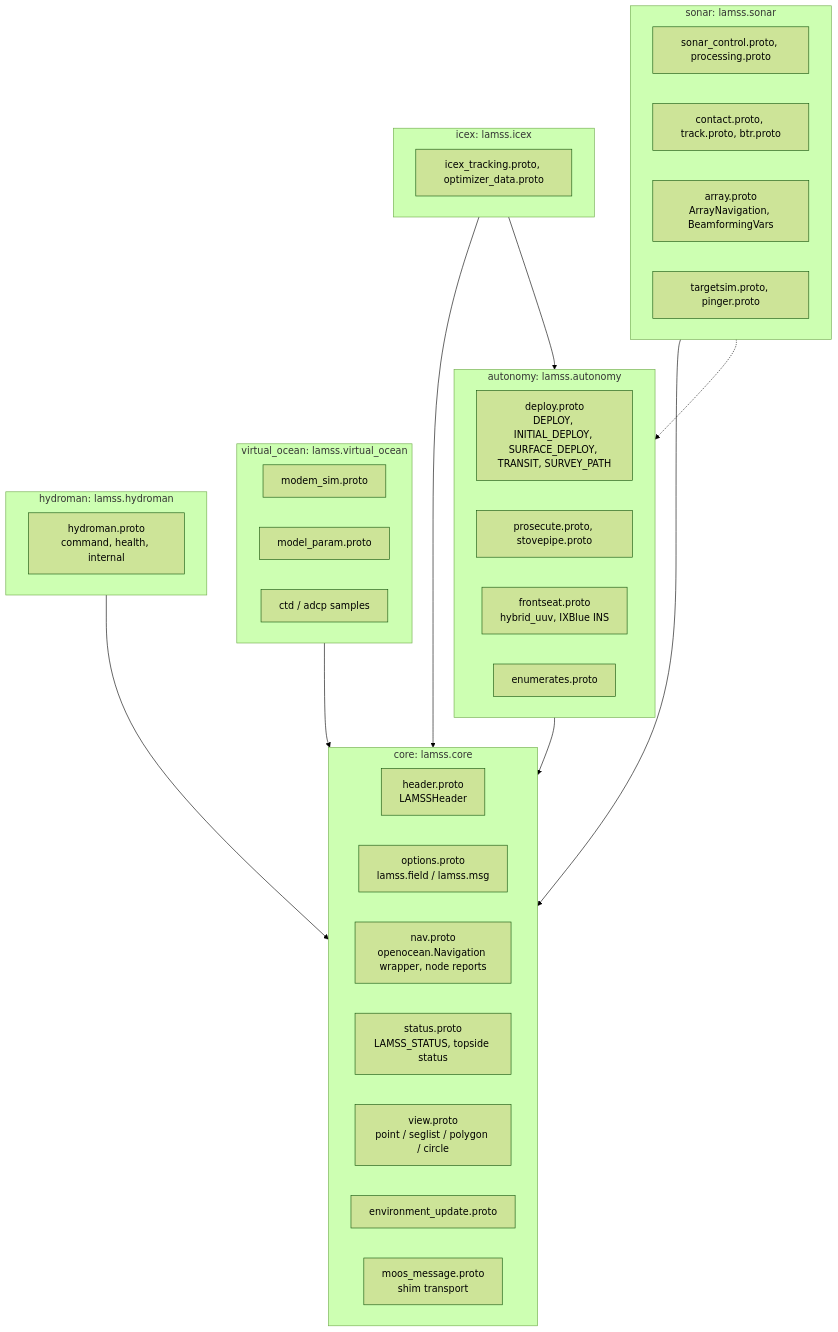
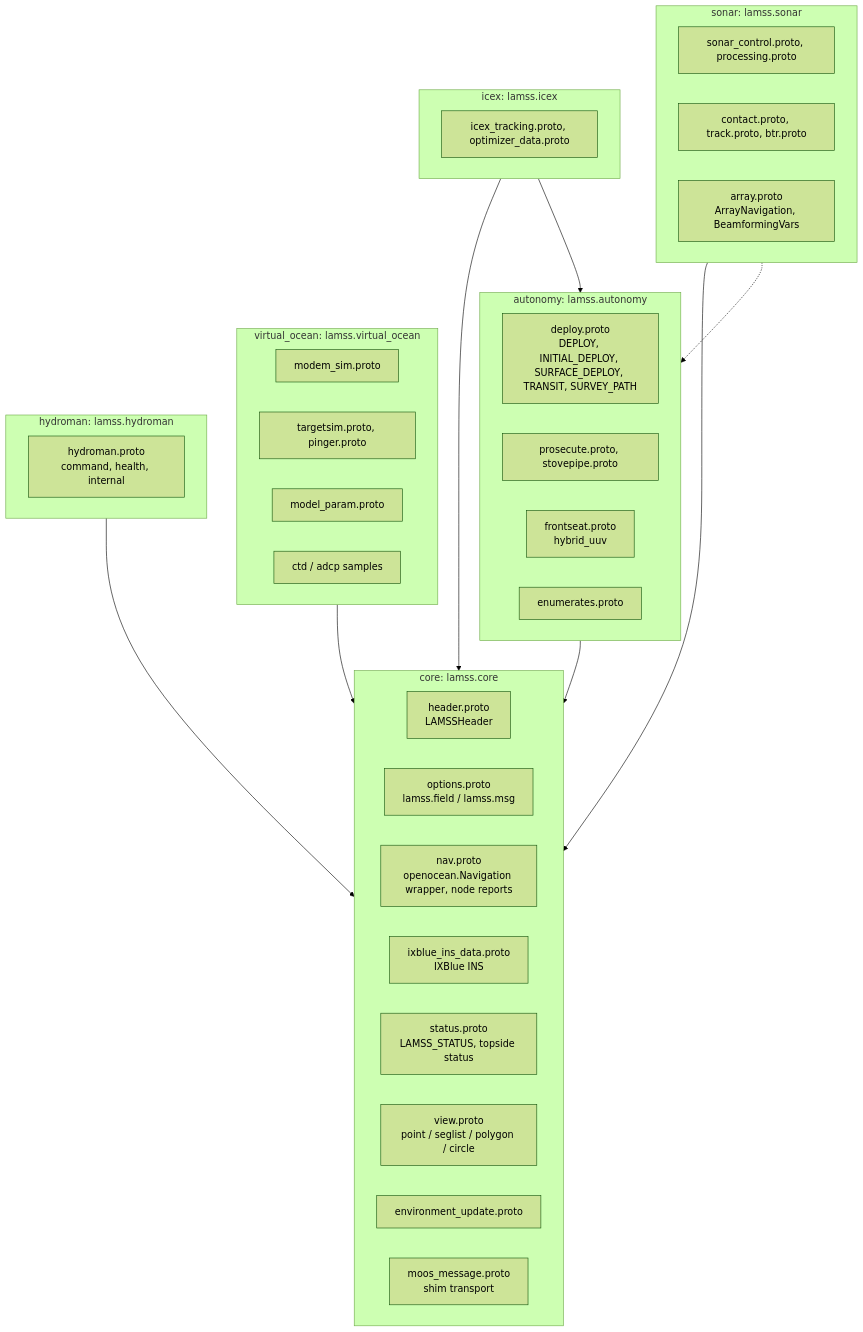
Before and after one commit to GobySoft/lamss3: the first of 2 diagrams in core/src/doc/plan/claude/07-protobuf-split.md, drawn with Mermaid (forest theme). The commit also changed other lines of this file and 14 other files, not shown here.

````diff
--- a/core/src/doc/plan/claude/07-protobuf-split.md
+++ b/core/src/doc/plan/claude/07-protobuf-split.md
@@ -26,42 +26,43 @@
 ```mermaid
 flowchart TB
   subgraph core_p [core: lamss.core]
     hdr[header.proto<br/>LAMSSHeader]
     opt[options.proto<br/>lamss.field / lamss.msg]
     nav[nav.proto<br/>openocean.Navigation wrapper, node reports]
+    ins[ixblue_ins_data.proto<br/>IXBlue INS]
     status[status.proto<br/>LAMSS_STATUS, topside status]
     view[view.proto<br/>point / seglist / polygon / circle]
     env[environment_update.proto]
     moos[moos_message.proto<br/>shim transport]
   end
   subgraph auton_p [autonomy: lamss.autonomy]
     deploy[deploy.proto<br/>DEPLOY, INITIAL_DEPLOY, SURFACE_DEPLOY, TRANSIT, SURVEY_PATH]
     pros[prosecute.proto, stovepipe.proto]
-    fs[frontseat.proto<br/>hybrid_uuv, IXBlue INS]
+    fs[frontseat.proto<br/>hybrid_uuv]
     enums[enumerates.proto]
   end
   subgraph sonar_p [sonar: lamss.sonar]
     sc[sonar_control.proto, processing.proto]
     ct[contact.proto, track.proto, btr.proto]
     arr[array.proto<br/>ArrayNavigation, BeamformingVars]
-    tgt[targetsim.proto, pinger.proto]
   end
   subgraph vo_p [virtual_ocean: lamss.virtual_ocean]
     ms[modem_sim.proto]
+    tgt[targetsim.proto, pinger.proto]
     mp[model_param.proto]
     samp[ctd / adcp samples]
   end
   subgraph hm_p [hydroman: lamss.hydroman]
     hm[hydroman.proto<br/>command, health, internal]
   end
   subgraph icex_p [icex: lamss.icex]
     it[icex_tracking.proto, optimizer_data.proto]
   end
   auton_p --> core_p
   sonar_p --> core_p
   vo_p --> core_p
   icex_p --> core_p
   icex_p --> auton_p
   hm_p --> core_p
   sonar_p -.-> auton_p
 ```
````
